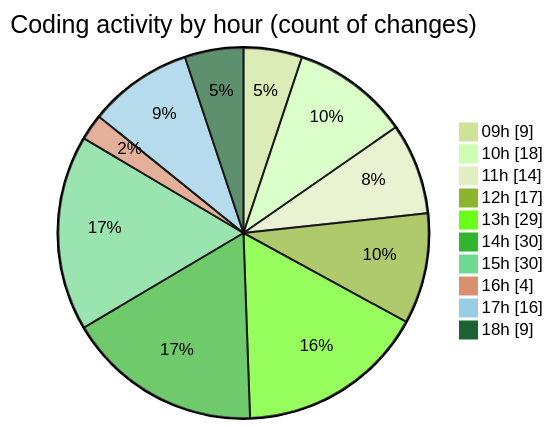
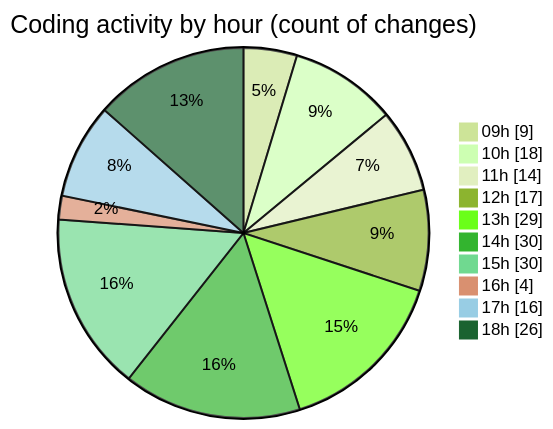
Before and after one commit to momahboobian/code-tracking: the second of 2 diagrams in 2025-03-24/cda/README.md, drawn with Mermaid (forest theme). The commit also changed other lines of this file and 1 other file, not shown here.

````diff
--- a/2025-03-24/cda/README.md
+++ b/2025-03-24/cda/README.md
@@ -56,14 +56,14 @@
 ```mermaid
 pie showData
 title Coding activity by hour (count of changes)
 "09h" : 9
 "10h" : 18
 "11h" : 14
 "12h" : 17
 "13h" : 29
 "14h" : 30
 "15h" : 30
 "16h" : 4
 "17h" : 16
-"18h" : 9
+"18h" : 26
 ```
````
